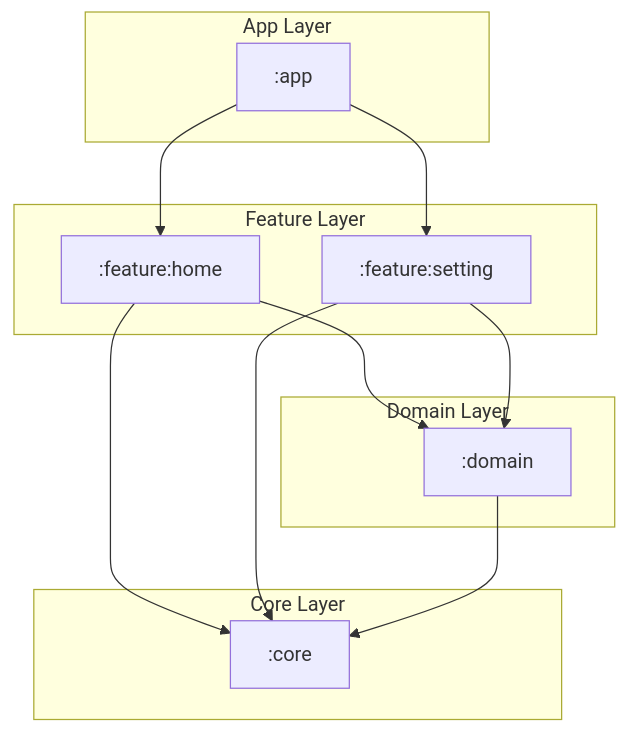
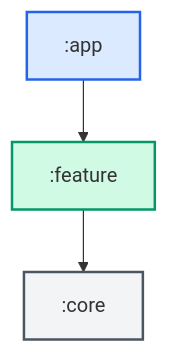
One commit to jayyaj12/portfolio changed the first of 2 diagrams in hicardi-refactor/index.md. Above: the diagram before and after it, drawn with Mermaid. The commit also changed other lines of this file and 1 other file, not shown here.

```diff
--- a/hicardi-refactor/index.md
+++ b/hicardi-refactor/index.md
@@ -53,24 +53,13 @@
 <div class="mermaid">
 graph TD
-    subgraph App Layer
-      app[":app"]
-    end
-    subgraph Feature Layer
-      home[":feature:home"]
-      setting[":feature:setting"]
-    end
-    subgraph Domain Layer
-      domain[":domain"]
-    end
-    subgraph Core Layer
-      core[":core"]
-    end
+    app[":app"]
+    feature[":feature"]
+    core[":core"]
 
-    app --> home
-    app --> setting
-    home --> domain
-    setting --> domain
-    home --> core
-    setting --> core
-    domain --> core
+    app --> feature
+    feature --> core
+    
+    style app fill:#dbeafe,stroke:#2563eb,stroke-width:2px
+    style feature fill:#d1fae5,stroke:#059669,stroke-width:2px
+    style core fill:#f3f4f6,stroke:#4b5563,stroke-width:2px
 </div>
```
